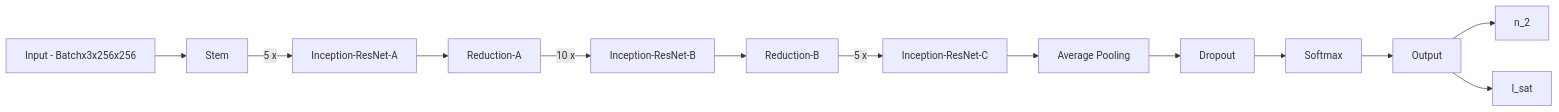
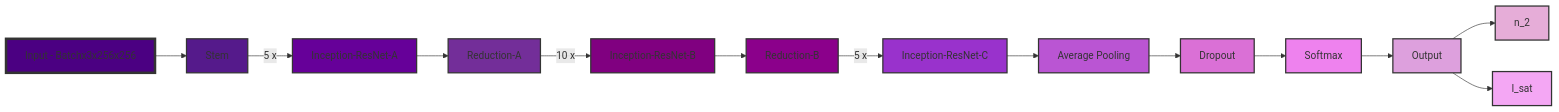
The first of 3 diagrams in README.md (Quantum-Optics-LKB/xp2nlse-ml), drawn with Mermaid before and after one commit.

Commit message:
new colors

````diff
--- a/README.md
+++ b/README.md
@@ -45,15 +45,29 @@
 ```mermaid
 graph LR
     A[Input - Batchx3x256x256] --> B[Stem]
     B -->|5 x| C[Inception-ResNet-A]
     C --> D[Reduction-A]
     D -->|10 x| E[Inception-ResNet-B]
     E --> F[Reduction-B]
     F -->|5 x| G[Inception-ResNet-C]
     G --> H[Average Pooling]
     H --> I[Dropout]
     I --> J[Softmax]
     J --> K[Output]
     K --> L[n_2]
     K --> M[I_sat]
+
+    style A fill:#4b0082,stroke:#333,stroke-width:4px
+    style B fill:#551a8b,stroke:#333,stroke-width:2px
+    style C fill:#660099,stroke:#333,stroke-width:2px
+    style D fill:#732e99,stroke:#333,stroke-width:2px
+    style E fill:#800080,stroke:#333,stroke-width:2px
+    style F fill:#8b008b,stroke:#333,stroke-width:2px
+    style G fill:#9932cc,stroke:#333,stroke-width:2px
+    style H fill:#ba55d3,stroke:#333,stroke-width:2px
+    style I fill:#da70d6,stroke:#333,stroke-width:2px
+    style J fill:#ee82ee,stroke:#333,stroke-width:2px
+    style K fill:#dda0dd,stroke:#333,stroke-width:2px
+    style L fill:#e6add8,stroke:#333,stroke-width:2px
+    style M fill:#f4a7f4,stroke:#333,stroke-width:2px
 ```
````
